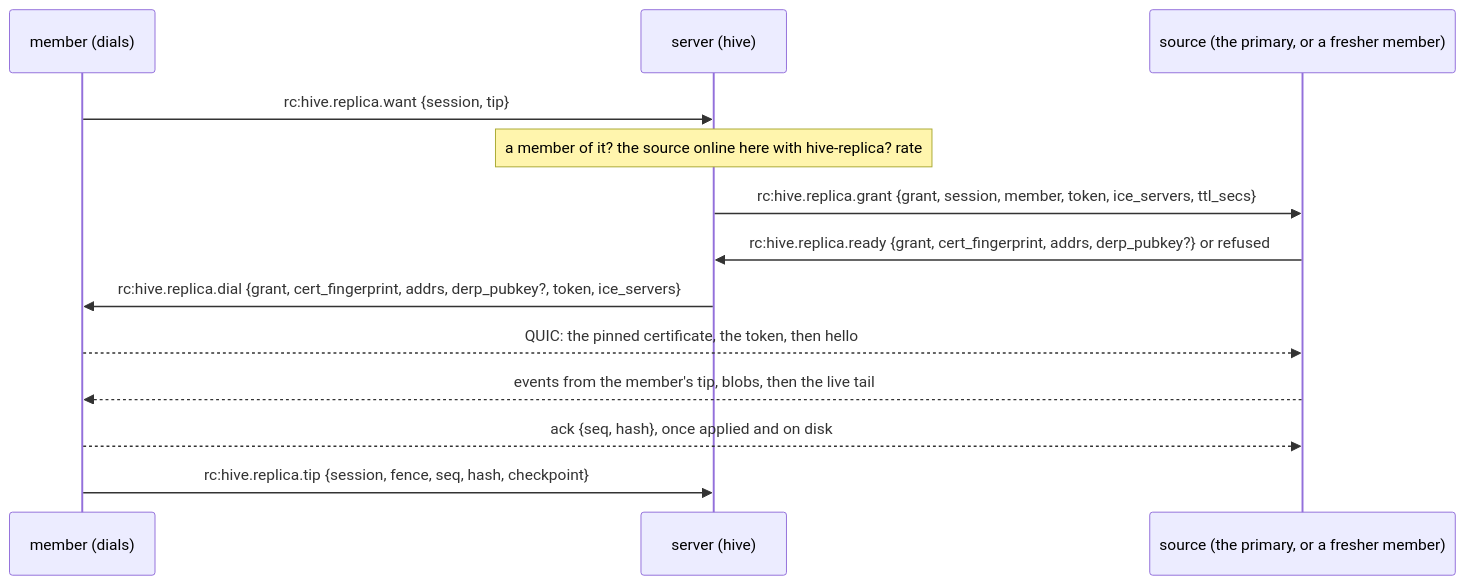
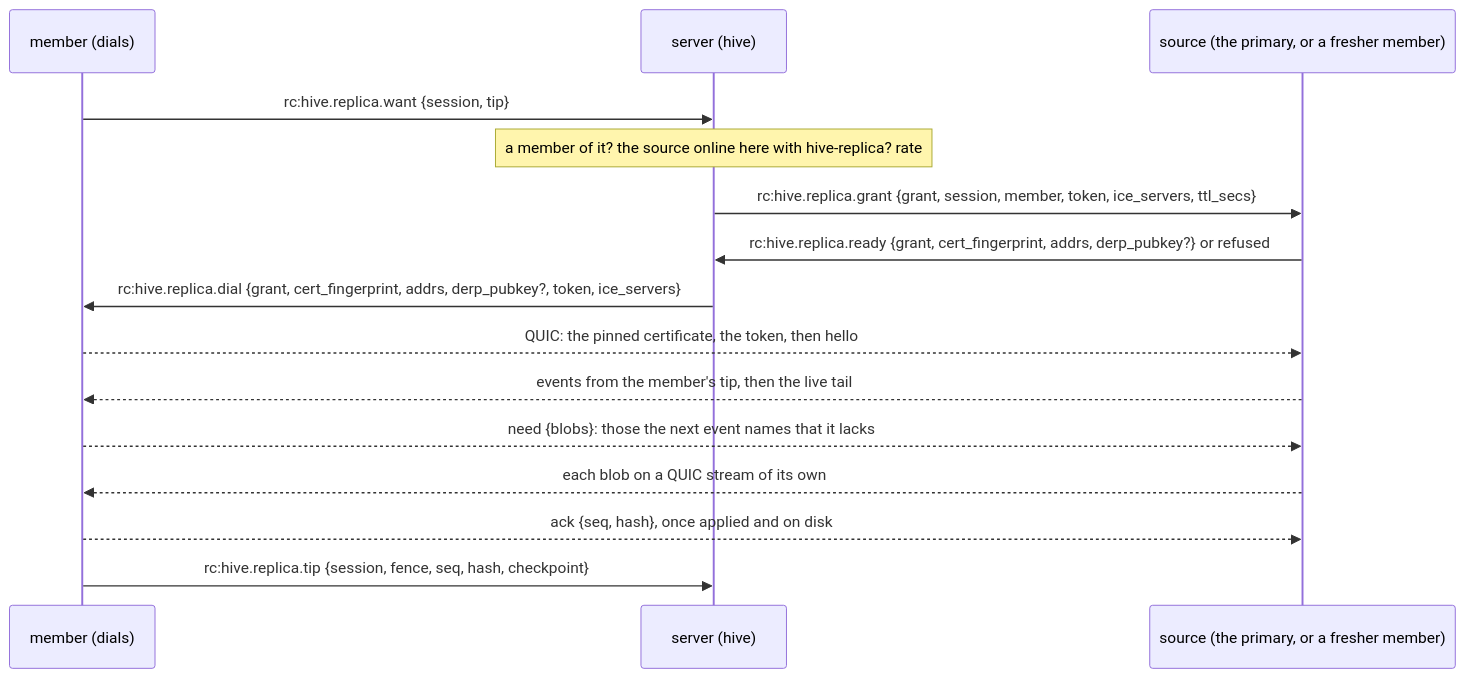
Before and after one commit to gjovanov/roomler-ai: the second of 17 diagrams in docs/fr/FR-90-hive-agent-sessions.md, drawn with Mermaid. The commit also changed other lines of this file and 12 other files, not shown here.

````diff
--- a/docs/fr/FR-90-hive-agent-sessions.md
+++ b/docs/fr/FR-90-hive-agent-sessions.md
@@ -216,15 +216,17 @@
 ```mermaid
 sequenceDiagram
     participant M as member (dials)
     participant S as server (hive)
     participant P as source (the primary, or a fresher member)
     M->>S: rc:hive.replica.want {session, tip}
     Note over S: a member of it? the source online here with hive-replica? rate
     S->>P: rc:hive.replica.grant {grant, session, member, token, ice_servers, ttl_secs}
     P->>S: rc:hive.replica.ready {grant, cert_fingerprint, addrs, derp_pubkey?} or refused
     S->>M: rc:hive.replica.dial {grant, cert_fingerprint, addrs, derp_pubkey?, token, ice_servers}
     M-->>P: QUIC: the pinned certificate, the token, then hello
-    P-->>M: events from the member's tip, blobs, then the live tail
+    P-->>M: events from the member's tip, then the live tail
+    M-->>P: need {blobs}: those the next event names that it lacks
+    P-->>M: each blob on a QUIC stream of its own
     M-->>P: ack {seq, hash}, once applied and on disk
     M->>S: rc:hive.replica.tip {session, fence, seq, hash, checkpoint}
 ```
````
